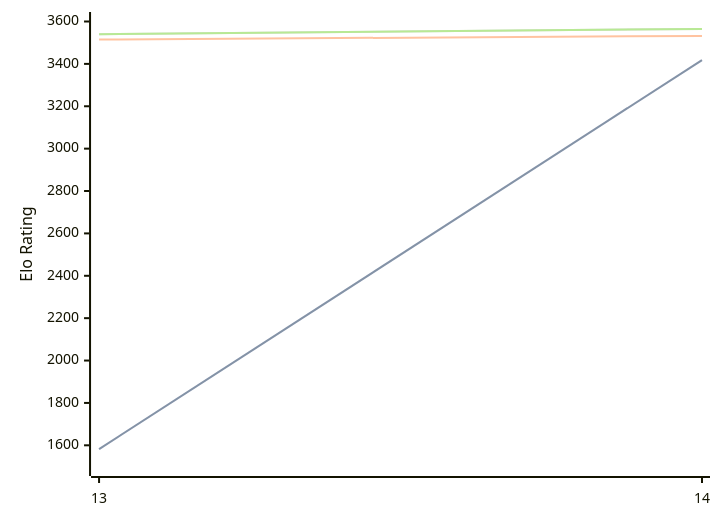
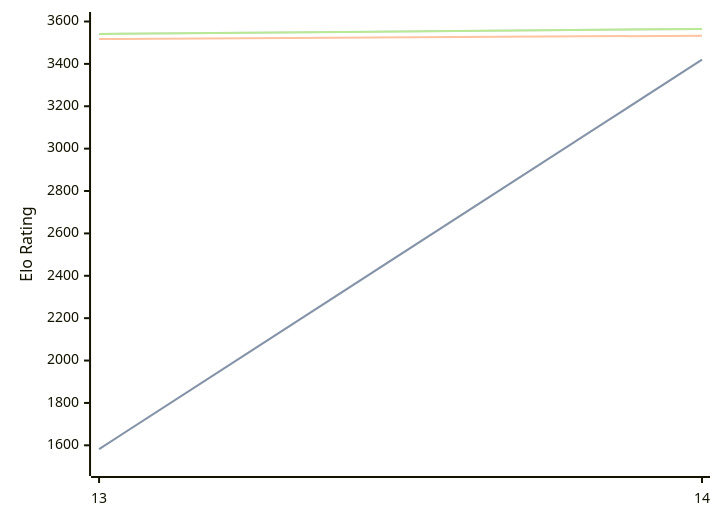
One commit to computer-chess-index/cci changed the diagram in engines/Berserk.md. Above: the diagram before and after it, drawn with Mermaid. The commit also changed other lines of this file, not shown here.

Commit message:
Update CCI Ratings (ELO VLTC) - 2026-07-31

````diff
--- a/engines/Berserk.md
+++ b/engines/Berserk.md
@@ -63,11 +63,11 @@
 ```mermaid
 %%{init: {"theme":"base","themeVariables":{"seriesColors:['#a3a3a3','#222221','#faa371']}}}%%
 xychart-beta
   x-axis ["13", "14"]
   y-axis "Elo Rating" 1500 --> 3600
-  line "STC (8.0+0.08s)" [1582, 3418]
-  line "STC (8.0+0.08s)" [1582, 3418]
-  line "LTC (60.0+0.60s)" [3515, 3532]
-  line "VLTC (2m24s+1.12s)" [3540, 3565]
-  line "VLTC (2m24s+1.12s)" [3540, 3565]
+  line "STC (8.0+0.08s)" [1582, 3420]
+  line "STC (8.0+0.08s)" [1582, 3420]
+  line "LTC (60.0+0.60s)" [3517, 3533]
+  line "VLTC (2m24s+1.12s)" [3541, 3565]
+  line "VLTC (2m24s+1.12s)" [3541, 3565]
 ```
````
